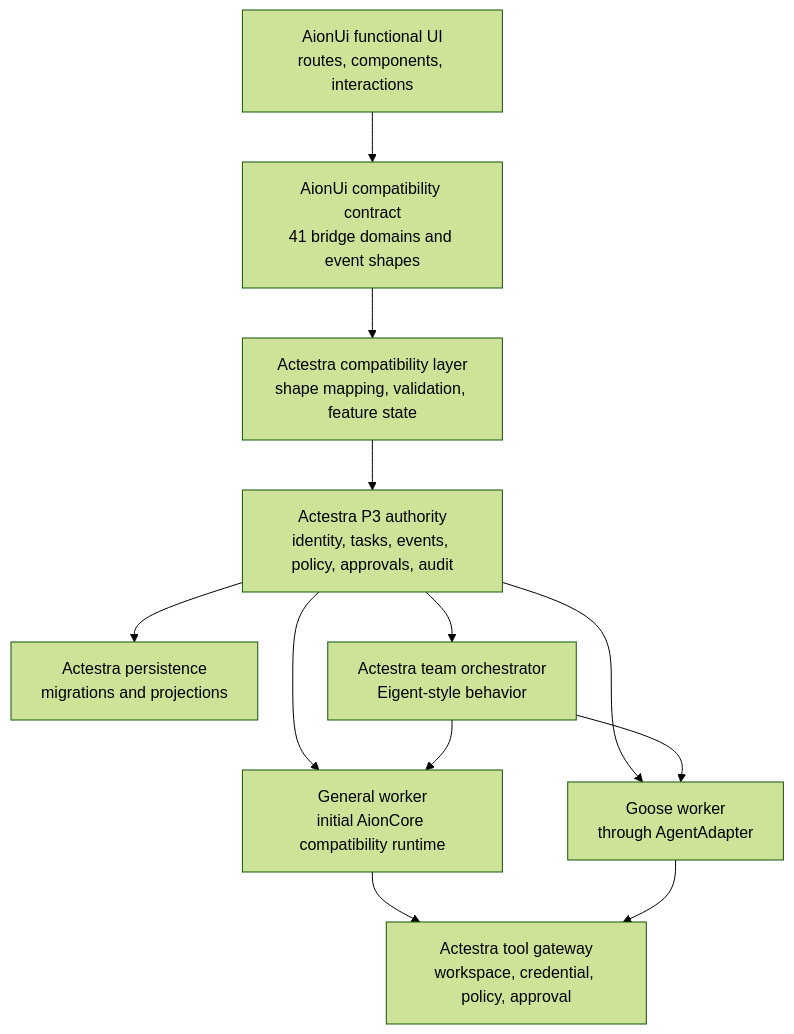
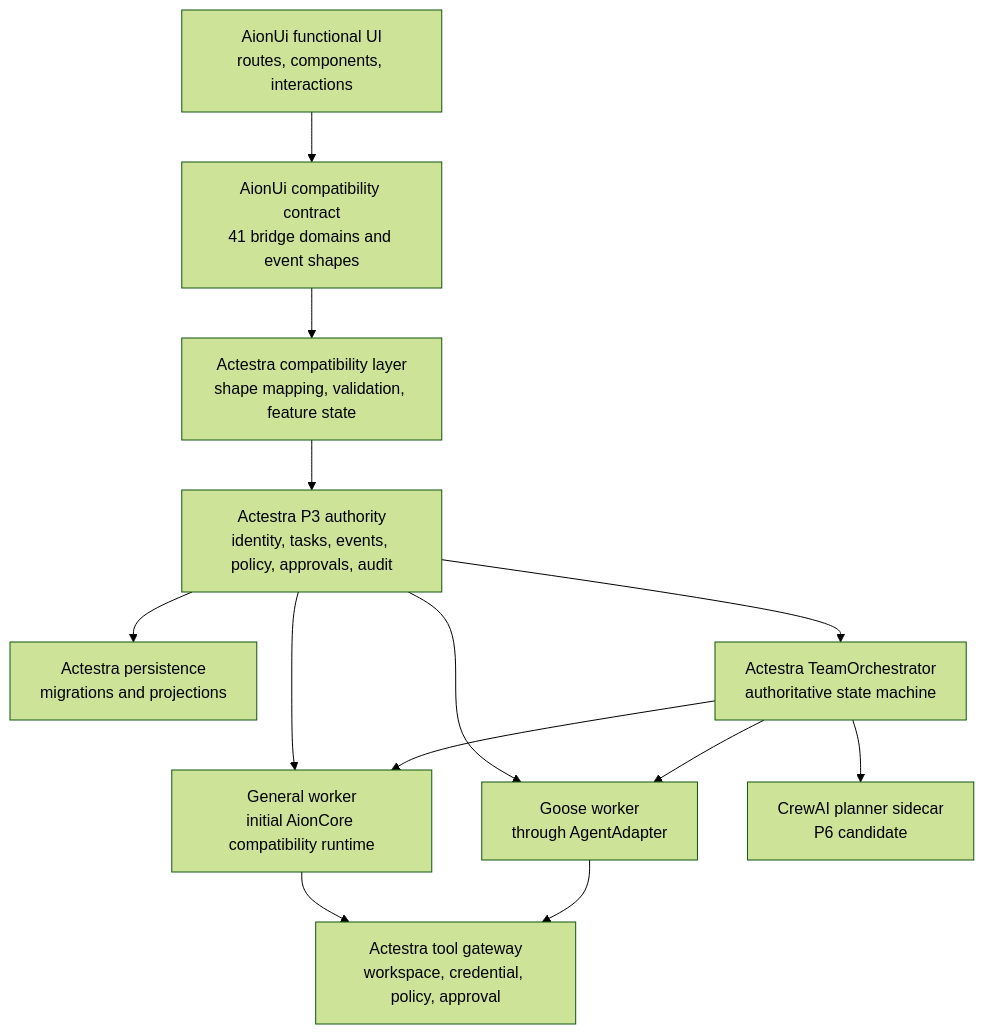
Before and after one commit to Ablankpaper/actestra-desktop: the diagram in docs/architecture/AIONUI_ACTESTRA_FUSION.md, drawn with Mermaid (forest theme). The commit also changed other lines of this file and 12 other files, not shown here.

Commit message:
docs: define CrewAI P6 sidecar boundary (#9)

````diff
--- a/docs/architecture/AIONUI_ACTESTRA_FUSION.md
+++ b/docs/architecture/AIONUI_ACTESTRA_FUSION.md
@@ -19,24 +19,26 @@
 ```mermaid
 flowchart TD
     UI["AionUi functional UI\nroutes, components, interactions"]
     CONTRACT["AionUi compatibility contract\n41 bridge domains and event shapes"]
     COMPAT["Actestra compatibility layer\nshape mapping, validation, feature state"]
     CORE["Actestra P3 authority\nidentity, tasks, events, policy, approvals, audit"]
     STORE["Actestra persistence\nmigrations and projections"]
     GENERAL["General worker\ninitial AionCore compatibility runtime"]
     GOOSE["Goose worker\nthrough AgentAdapter"]
-    TEAM["Actestra team orchestrator\nEigent-style behavior"]
+    TEAM["Actestra TeamOrchestrator\nauthoritative state machine"]
+    PLANNER["CrewAI planner sidecar\nP6 candidate"]
     TOOLS["Actestra tool gateway\nworkspace, credential, policy, approval"]
 
     UI --> CONTRACT
     CONTRACT --> COMPAT
     COMPAT --> CORE
     CORE --> STORE
     CORE --> GENERAL
     CORE --> GOOSE
     CORE --> TEAM
+    TEAM --> PLANNER
     GENERAL --> TOOLS
     GOOSE --> TOOLS
     TEAM --> GENERAL
     TEAM --> GOOSE
 ```
````
